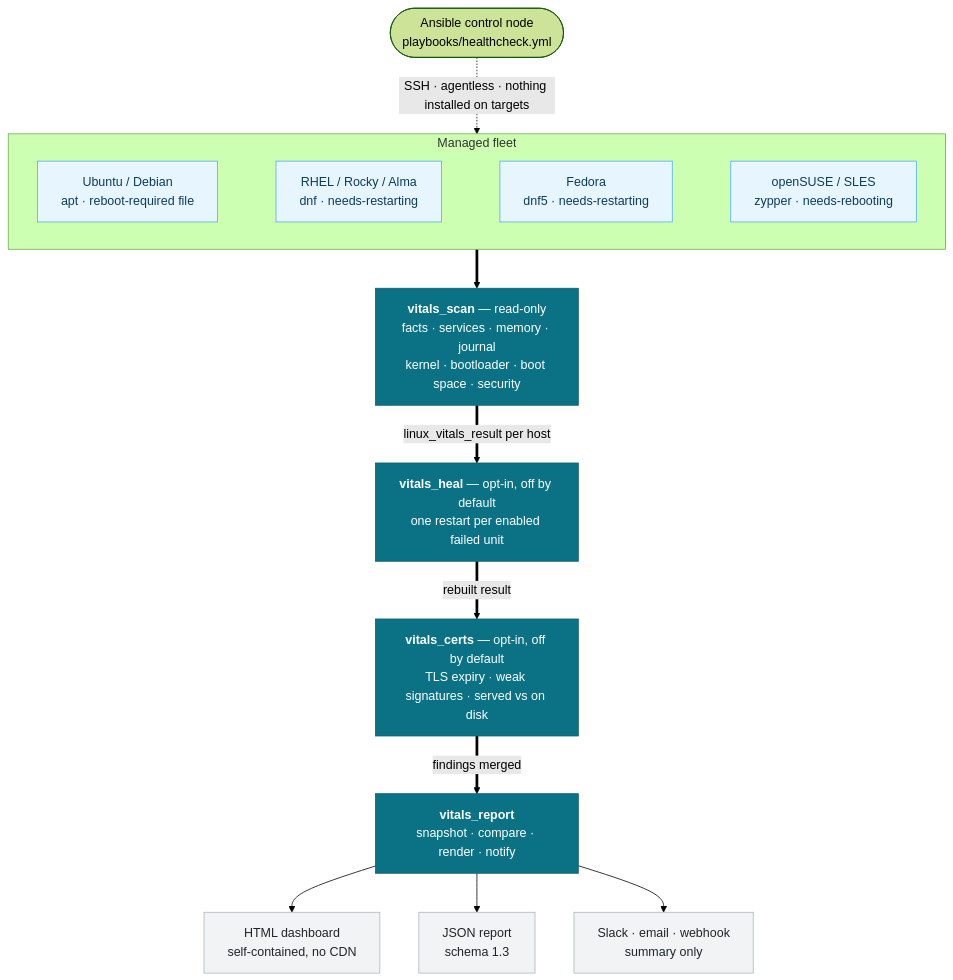
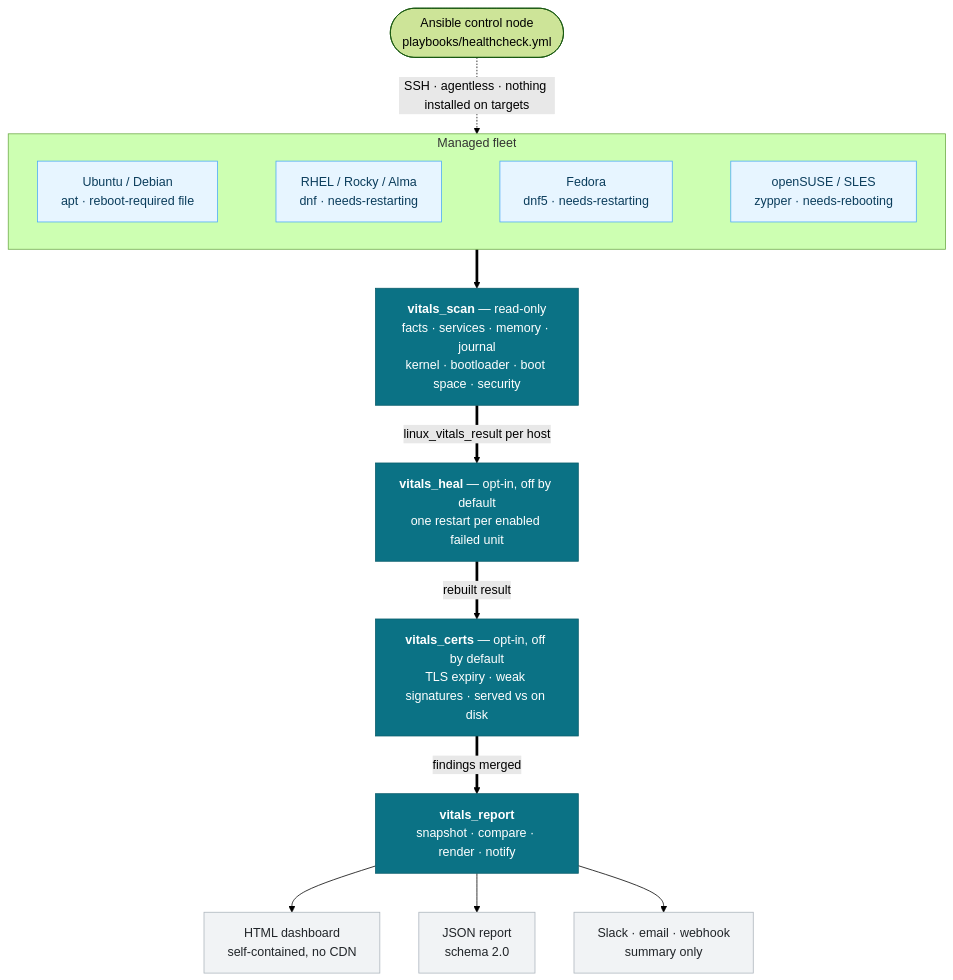
Before and after one commit to sameeralam3127/linux-vitals: the diagram in README.md, drawn with Mermaid (forest theme). The commit also changed other lines of this file and 9 other files, not shown here.

````diff
--- a/README.md
+++ b/README.md
@@ -307,37 +307,37 @@
 ```mermaid
 flowchart TB
     CN(["Ansible control node<br/>playbooks/healthcheck.yml"])
 
     CN -. "SSH · agentless · nothing installed on targets" .-> FLEET
 
     subgraph FLEET["Managed fleet"]
         direction LR
         U["Ubuntu / Debian<br/>apt · reboot-required file"]
         R["RHEL / Rocky / Alma<br/>dnf · needs-restarting"]
         F["Fedora<br/>dnf5 · needs-restarting"]
         S["openSUSE / SLES<br/>zypper · needs-rebooting"]
         U ~~~ R ~~~ F ~~~ S
     end
 
     FLEET ==> SCAN
 
     SCAN["<b>vitals_scan</b> — read-only<br/>facts · services · memory · journal<br/>kernel · bootloader · boot space · security"]
     HEAL["<b>vitals_heal</b> — opt-in, off by default<br/>one restart per enabled failed unit"]
     CERTS["<b>vitals_certs</b> — opt-in, off by default<br/>TLS expiry · weak signatures · served vs on disk"]
     REPORT["<b>vitals_report</b><br/>snapshot · compare · render · notify"]
 
     SCAN ==>|"linux_vitals_result per host"| HEAL
     HEAL ==>|"rebuilt result"| CERTS
     CERTS ==>|"findings merged"| REPORT
 
     REPORT --> HTML["HTML dashboard<br/>self-contained, no CDN"]
-    REPORT --> JSON["JSON report<br/>schema 1.3"]
+    REPORT --> JSON["JSON report<br/>schema 2.0"]
     REPORT --> NOTIFY["Slack · email · webhook<br/>summary only"]
 
     classDef stage fill:#0b7285,stroke:#095c6b,color:#ffffff
     classDef out fill:#f1f3f5,stroke:#adb5bd,color:#212529
     classDef host fill:#e7f5ff,stroke:#4dabf7,color:#0b3d5c
     class SCAN,HEAL,CERTS,REPORT stage
     class HTML,JSON,NOTIFY out
     class U,R,F,S host
 ```
````
